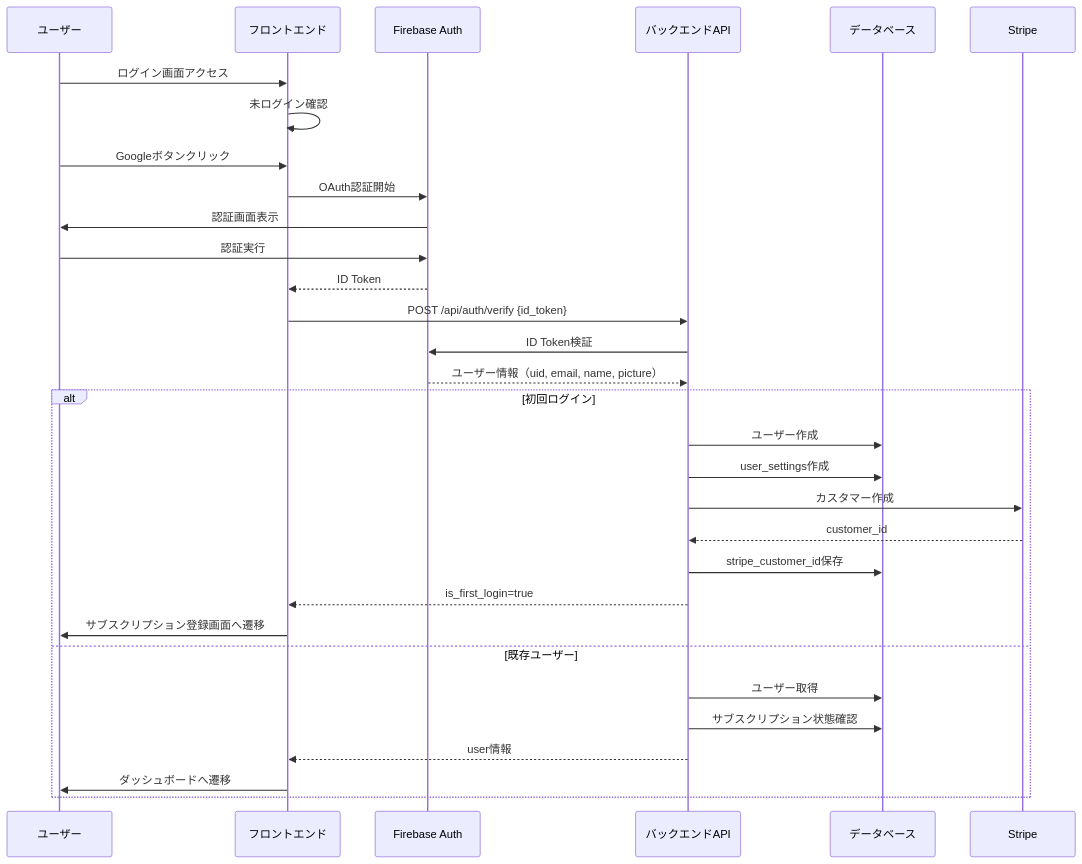
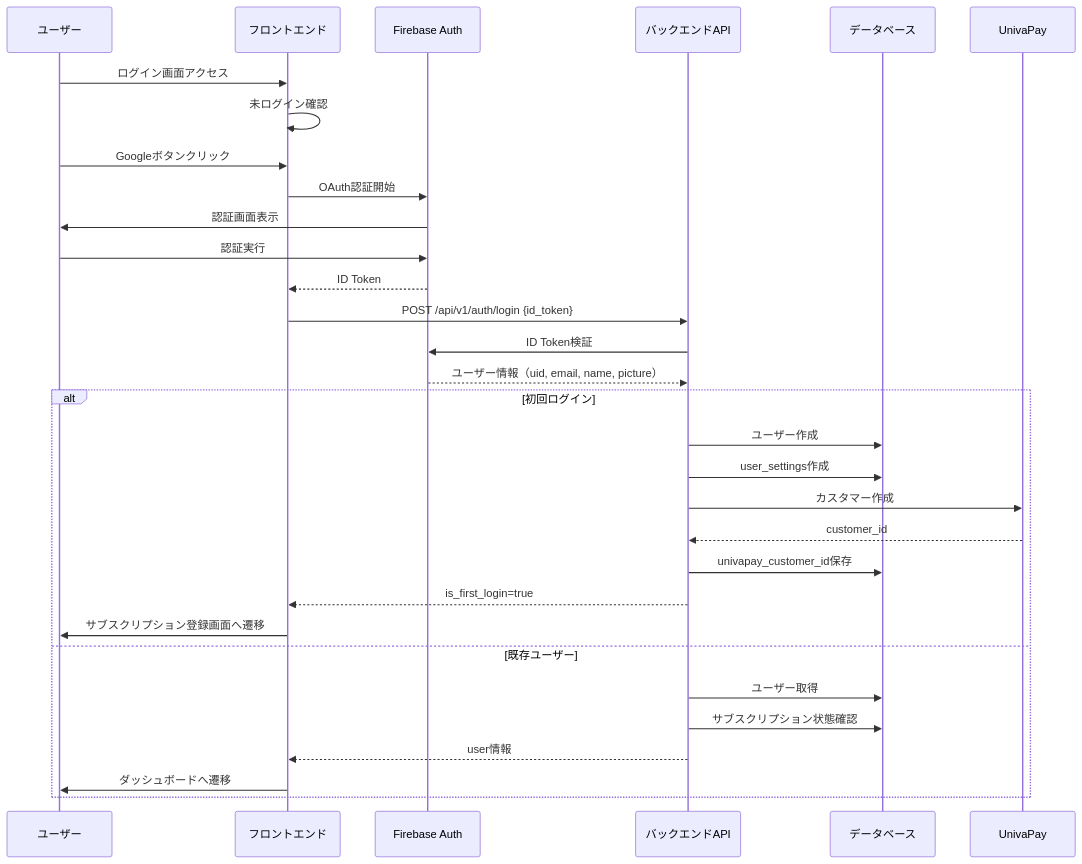
One commit to RRRRRRR-777/SikouLab changed the third of 3 diagrams in docs/functions/auth/login.md. Above: the diagram before and after it, drawn with Mermaid. The commit also changed other lines of this file and 110 other files, not shown here.

````diff
--- a/docs/functions/auth/login.md
+++ b/docs/functions/auth/login.md
@@ -144,37 +149,37 @@
 ```mermaid
 sequenceDiagram
     participant User as ユーザー
     participant Front as フロントエンド
     participant Firebase as Firebase Auth
     participant API as バックエンドAPI
     participant DB as データベース
-    participant Stripe as Stripe
+    participant UnivaPay as UnivaPay
 
     User->>Front: ログイン画面アクセス
     Front->>Front: 未ログイン確認
 
     User->>Front: Googleボタンクリック
     Front->>Firebase: OAuth認証開始
     Firebase->>User: 認証画面表示
     User->>Firebase: 認証実行
     Firebase-->>Front: ID Token
 
-    Front->>API: POST /api/auth/verify {id_token}
+    Front->>API: POST /api/v1/auth/login {id_token}
     API->>Firebase: ID Token検証
     Firebase-->>API: ユーザー情報（uid, email, name, picture）
 
     alt 初回ログイン
         API->>DB: ユーザー作成
         API->>DB: user_settings作成
-        API->>Stripe: カスタマー作成
-        Stripe-->>API: customer_id
-        API->>DB: stripe_customer_id保存
+        API->>UnivaPay: カスタマー作成
+        UnivaPay-->>API: customer_id
+        API->>DB: univapay_customer_id保存
         API-->>Front: is_first_login=true
         Front->>User: サブスクリプション登録画面へ遷移
     else 既存ユーザー
         API->>DB: ユーザー取得
         API->>DB: サブスクリプション状態確認
         API-->>Front: user情報
         Front->>User: ダッシュボードへ遷移
     end
 ```
````
